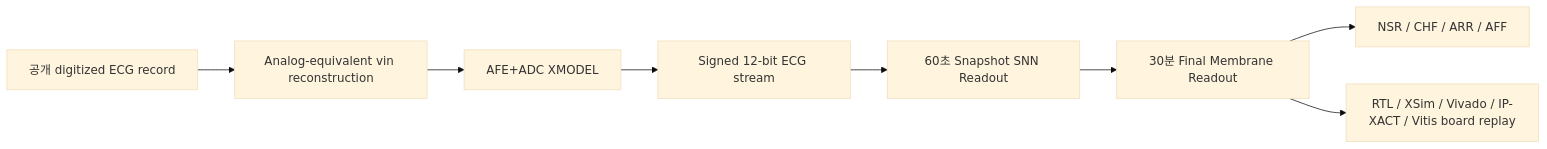
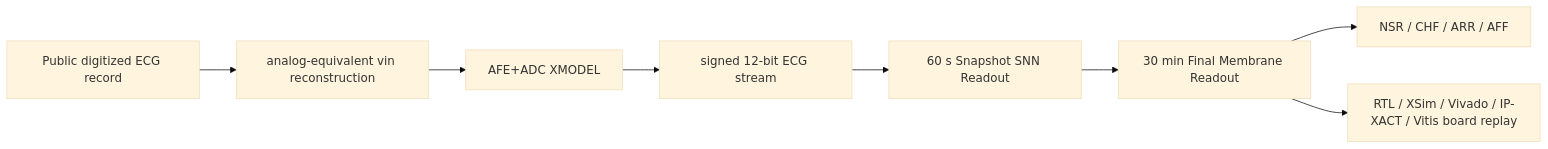
One commit to Sheep-gun/ECG-SoC-Integrated changed the diagram in README.md. Above: the diagram before and after it, drawn with Mermaid (base theme). The commit also changed other lines of this file and 19 other files, not shown here.

````diff
--- a/README.md
+++ b/README.md
@@ -15,10 +15,10 @@
 ```mermaid
 flowchart LR
-    A["공개 digitized ECG record"] --> B["Analog-equivalent vin reconstruction"]
+    A["Public digitized ECG record"] --> B["analog-equivalent vin reconstruction"]
     B --> C["AFE+ADC XMODEL"]
-    C --> D["Signed 12-bit ECG stream"]
-    D --> E["60초 Snapshot SNN Readout"]
-    E --> F["30분 Final Membrane Readout"]
+    C --> D["signed 12-bit ECG stream"]
+    D --> E["60 s Snapshot SNN Readout"]
+    E --> F["30 min Final Membrane Readout"]
     F --> G["NSR / CHF / ARR / AFF"]
     F --> H["RTL / XSim / Vivado / IP-XACT / Vitis board replay"]
 ```
````
